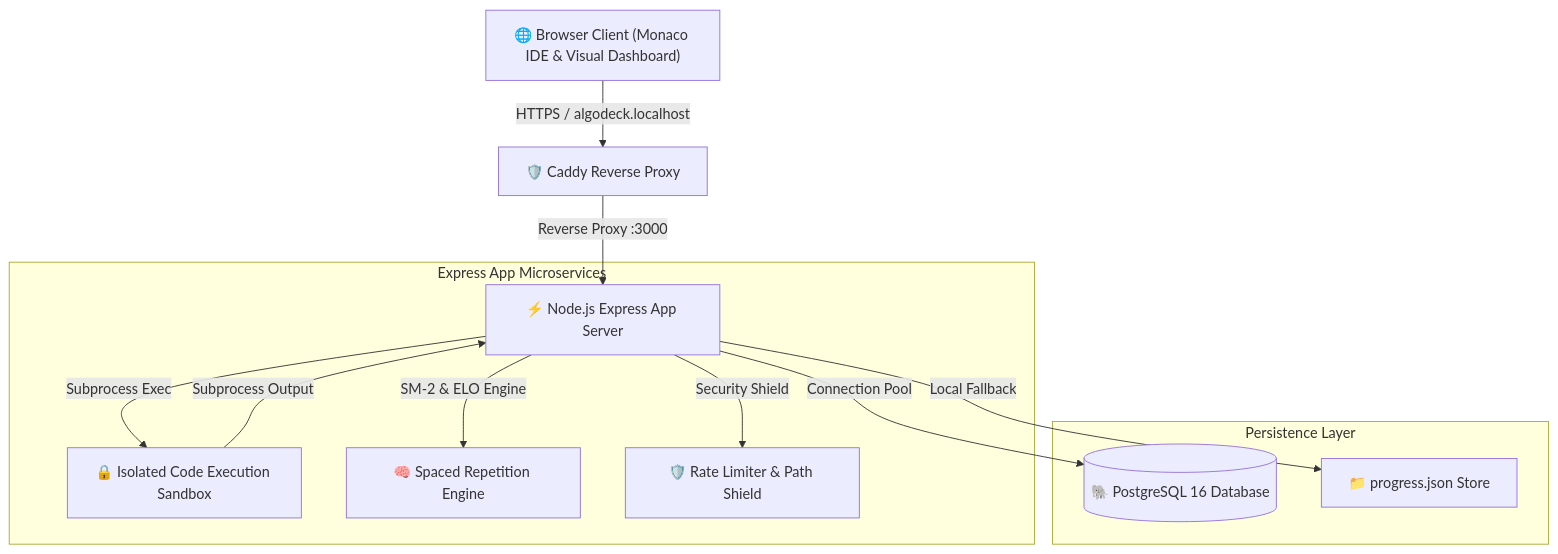
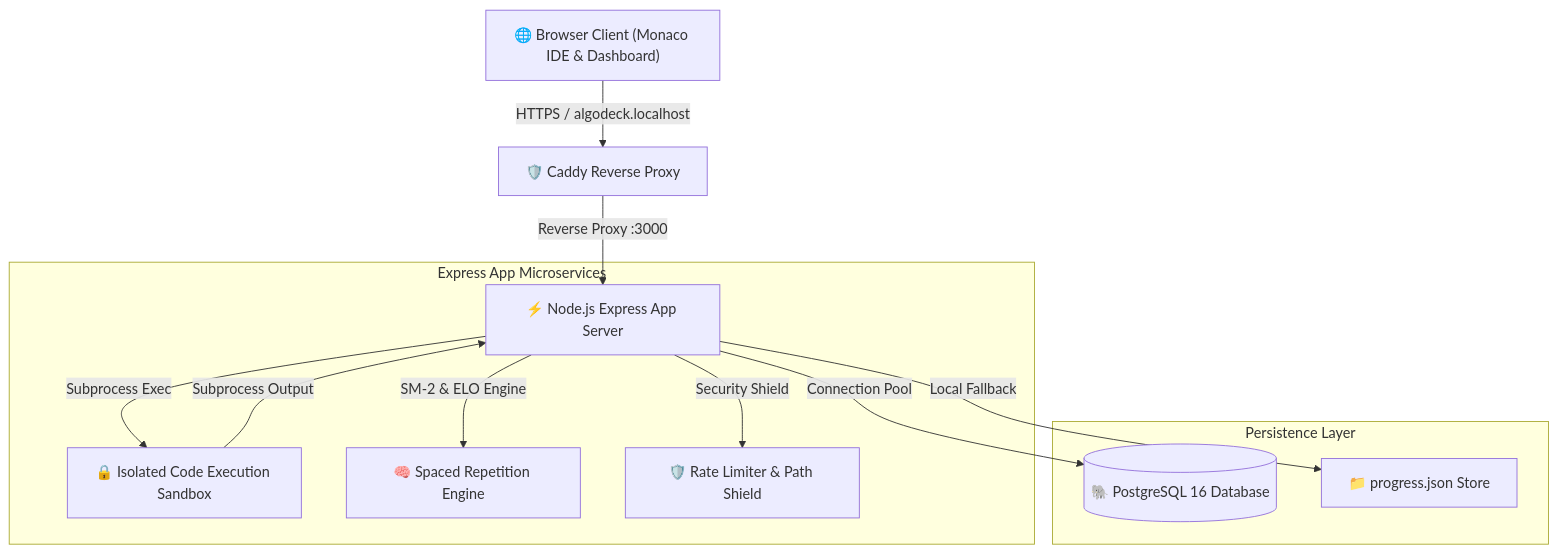
The diagram in README.md (anmolsharma152/AlgoDeck), drawn with Mermaid before and after one commit. The commit also changed other lines of this file, not shown here.

Commit message:
docs: overhaul README.md with comprehensive references to dashboard.html, playground.html, docs.html, and updated architecture

````diff
--- a/README.md
+++ b/README.md
@@ -43,18 +45,18 @@
 ```mermaid
 graph TD
-    User["🌐 Browser Client (Monaco IDE & Visual Dashboard)"] -->|HTTPS / algodeck.localhost| Caddy["🛡️ Caddy Reverse Proxy"]
+    User["🌐 Browser Client (Monaco IDE & Dashboard)"] -->|HTTPS / algodeck.localhost| Caddy["🛡️ Caddy Reverse Proxy"]
     Caddy -->|Reverse Proxy :3000| Server["⚡ Node.js Express App Server"]
     
     subgraph AppServer ["Express App Microservices"]
         Server -->|Subprocess Exec| Sandbox["🔒 Isolated Code Execution Sandbox"]
         Server -->|SM-2 & ELO Engine| Cognitive["🧠 Spaced Repetition Engine"]
         Server -->|Security Shield| RateLimiter["🛡️ Rate Limiter & Path Shield"]
     end
     
     subgraph DataStore ["Persistence Layer"]
         Server -->|Connection Pool| DB[("🐘 PostgreSQL 16 Database")]
         Server -->|Local Fallback| JSONStore["📁 progress.json Store"]
     end
 
     Sandbox -->|Subprocess Output| Server
 ```
````
